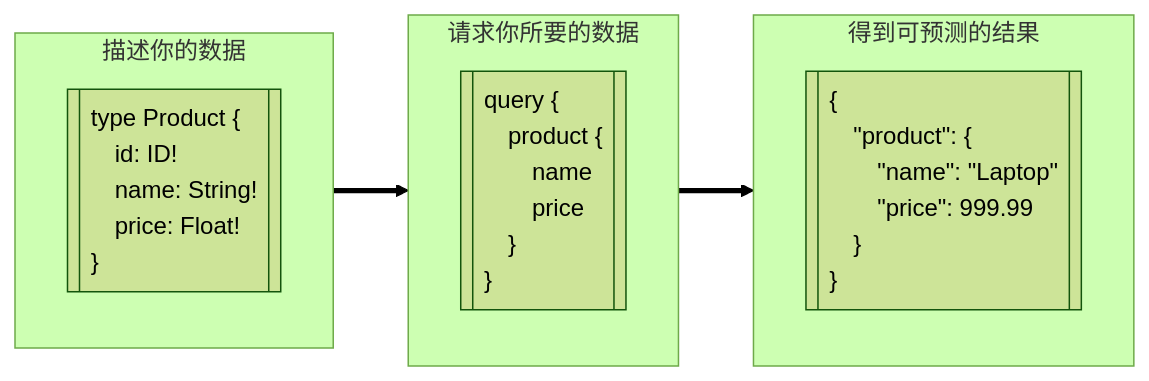
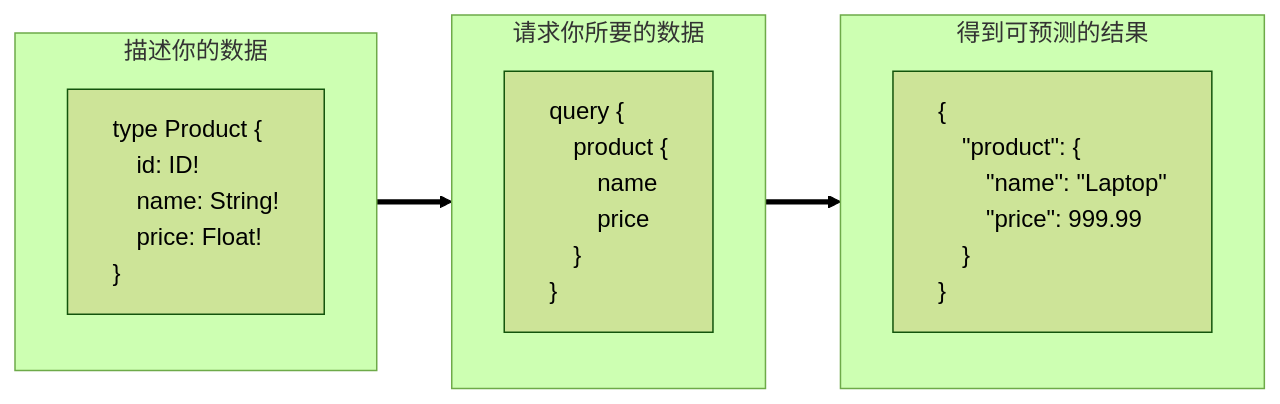
The first of 12 diagrams in docs/intro.md (doukai/gp-doc.github.io), drawn with Mermaid (forest theme) before and after one commit. The commit also changed other lines of this file, not shown here.

````diff
--- a/docs/intro.md
+++ b/docs/intro.md
@@ -17,30 +17,30 @@
 ```mermaid
 flowchart LR
 subgraph 描述你的数据
-    schema[["type Product {
+    schema["type Product {
     &emsp;id: ID!
     &emsp;name: String!
     &emsp;price: Float!
-    }"]]
+    }"]
 end
 subgraph 请求你所要的数据
-    query[["query {
+    query["query {
     &emsp;product {
     &emsp;&emsp;name
     &emsp;&emsp;price
     &emsp;}
-    }"]]
+    }"]
 end
 subgraph 得到可预测的结果
-    response[["{
+    response["{
     &emsp;&quot;product&quot;: {
     &emsp;&emsp;&quot;name&quot;: &quot;Laptop&quot;
     &emsp;&emsp;&quot;price&quot;: 999.99
     &emsp;}
-    }"]]
+    }"]
 end
 描述你的数据 ==> 请求你所要的数据 ==> 得到可预测的结果
 style schema text-align:left
 style query text-align:left
 style response text-align:left
 ```
````
